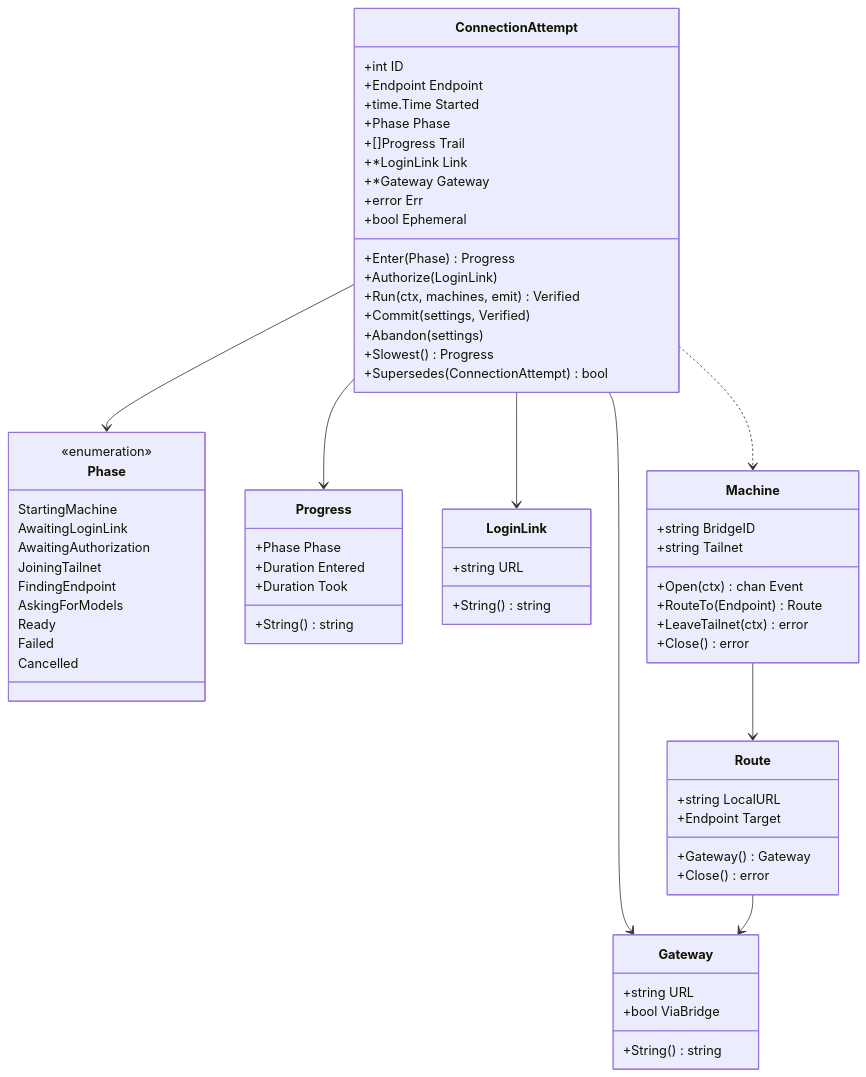
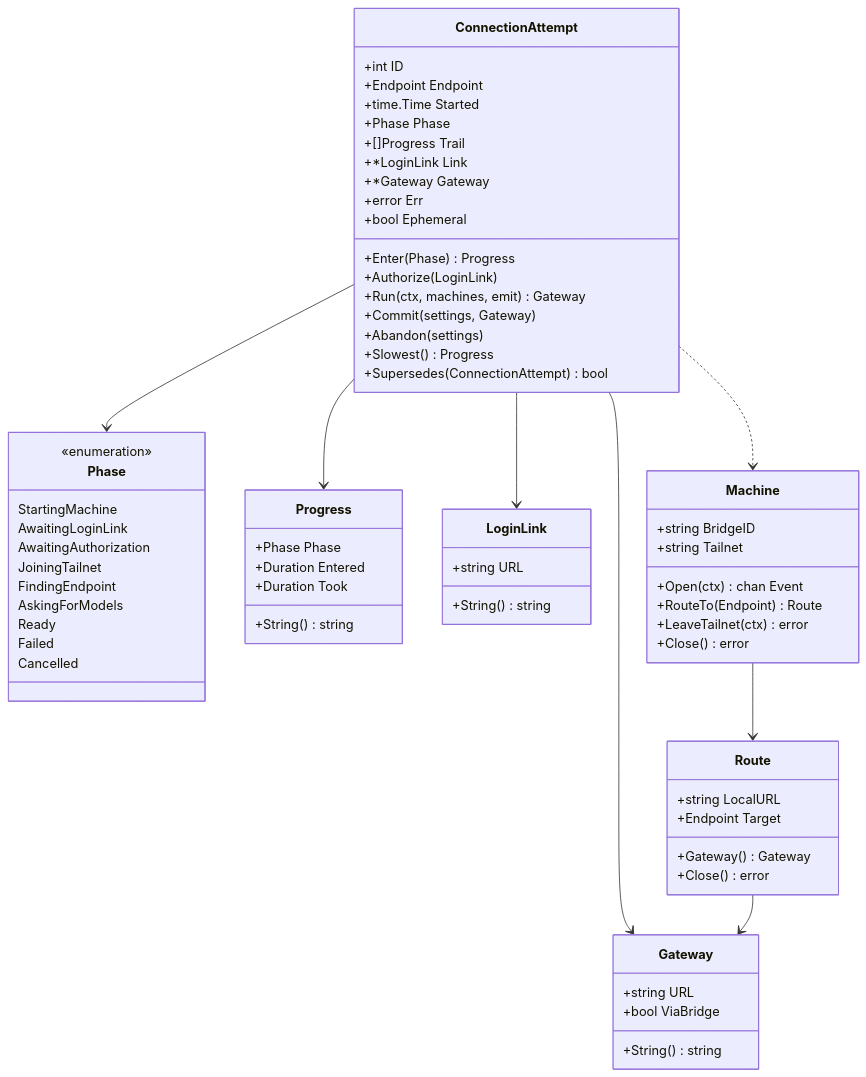
Before and after one commit to tailscale/aperture-cli: the fourth of 4 diagrams in docs/specs/connection-domain-model.md, drawn with Mermaid. The commit also changed other lines of this file and 5 other files, not shown here.

````diff
--- a/docs/specs/connection-domain-model.md
+++ b/docs/specs/connection-domain-model.md
@@ -363,69 +359,69 @@
 ```mermaid
 classDiagram
     class ConnectionAttempt {
         +int ID
         +Endpoint Endpoint
         +time.Time Started
         +Phase Phase
         +[]Progress Trail
         +*LoginLink Link
         +*Gateway Gateway
         +error Err
         +bool Ephemeral
         +Enter(Phase) Progress
         +Authorize(LoginLink)
-        +Run(ctx, machines, emit) Verified
-        +Commit(settings, Verified)
+        +Run(ctx, machines, emit) Gateway
+        +Commit(settings, Gateway)
         +Abandon(settings)
         +Slowest() Progress
         +Supersedes(ConnectionAttempt) bool
     }
     class Phase {
         <<enumeration>>
         StartingMachine
         AwaitingLoginLink
         AwaitingAuthorization
         JoiningTailnet
         FindingEndpoint
         AskingForModels
         Ready
         Failed
         Cancelled
     }
     class Progress {
         +Phase Phase
         +Duration Entered
         +Duration Took
         +String() string
     }
     class LoginLink {
         +string URL
         +String() string
     }
     class Gateway {
         +string URL
         +bool ViaBridge
         +String() string
     }
     class Machine {
         +string BridgeID
         +string Tailnet
         +Open(ctx) chan Event
         +RouteTo(Endpoint) Route
         +LeaveTailnet(ctx) error
         +Close() error
     }
     class Route {
         +string LocalURL
         +Endpoint Target
         +Gateway() Gateway
         +Close() error
     }
     ConnectionAttempt --> Phase
     ConnectionAttempt --> Progress
     ConnectionAttempt --> LoginLink
     ConnectionAttempt --> Gateway
     ConnectionAttempt ..> Machine
     Machine --> Route
     Route --> Gateway
 ```
````
